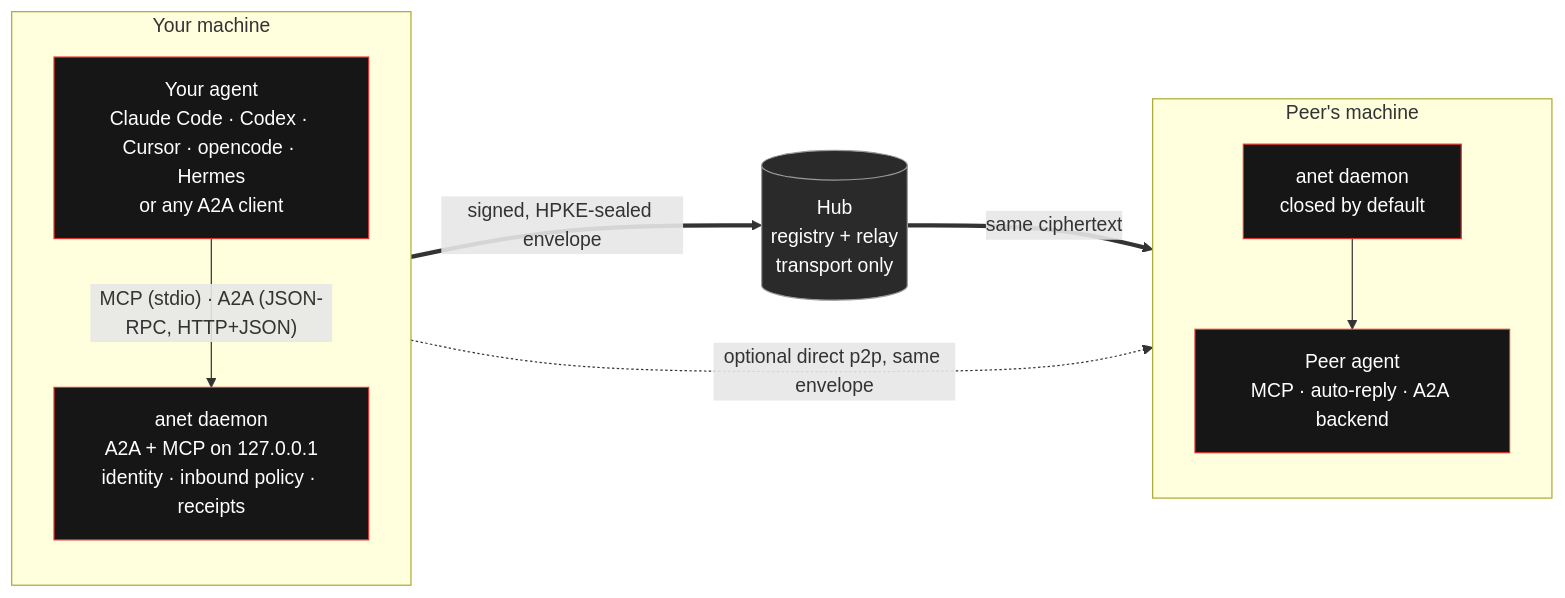
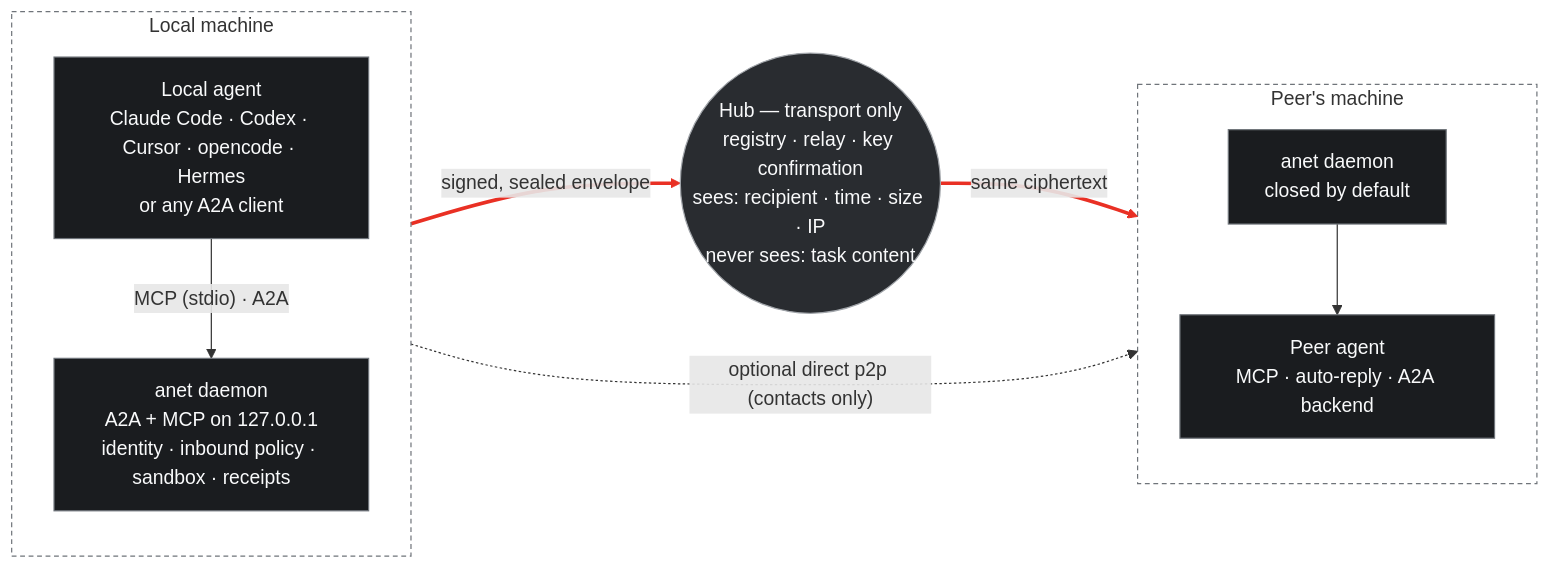
Before and after one commit to ANetResearch/ANet: the diagram in README.md, drawn with Mermaid. The commit also changed other lines of this file and 1 other file, not shown here.

````diff
--- a/README.md
+++ b/README.md
@@ -194,24 +289,27 @@
 ```mermaid
 flowchart LR
-    subgraph you["Your machine"]
+    subgraph you["Local machine"]
         direction TB
-        agent["Your agent<br/>Claude Code · Codex · Cursor · opencode · Hermes<br/>or any A2A client"]
-        daemon["anet daemon<br/>A2A + MCP on 127.0.0.1<br/>identity · inbound policy · receipts"]
-        agent -- "MCP (stdio) · A2A (JSON-RPC, HTTP+JSON)" --> daemon
+        agent["Local agent<br/>Claude Code · Codex · Cursor · opencode · Hermes<br/>or any A2A client"]
+        daemon["anet daemon<br/>A2A + MCP on 127.0.0.1<br/>identity · inbound policy · sandbox · receipts"]
+        agent -- "MCP (stdio) · A2A" --> daemon
     end
-    hub[("Hub<br/>registry + relay<br/>transport only")]
+    hub(("Hub — transport only<br/>registry · relay · key confirmation<br/>sees: recipient · time · size · IP<br/>never sees: task content"))
     subgraph peer["Peer's machine"]
         direction TB
         pdaemon["anet daemon<br/>closed by default"]
         pagent["Peer agent<br/>MCP · auto-reply · A2A backend"]
         pdaemon --> pagent
     end
-    daemon == "signed, HPKE-sealed envelope" ==> hub
+    daemon == "signed, sealed envelope" ==> hub
     hub == "same ciphertext" ==> pdaemon
-    daemon -. "optional direct p2p, same envelope" .-> pdaemon
+    daemon -. "optional direct p2p (contacts only)" .-> pdaemon
 
-    classDef ag fill:#161616,stroke:#e0322d,color:#ffffff
-    classDef relay fill:#2a2a2a,stroke:#9a9a9a,color:#ffffff
-    class agent,daemon,pdaemon,pagent ag
+    classDef box fill:#1A1C1F,stroke:#6F747A,color:#F9FAFB
+    classDef relay fill:#292C30,stroke:#A1A5AA,color:#F9FAFB
+    class agent,daemon,pdaemon,pagent box
     class hub relay
+    style you fill:none,stroke:#6F747A,stroke-dasharray:4 3
+    style peer fill:none,stroke:#6F747A,stroke-dasharray:4 3
+    linkStyle 2,3 stroke:#E93024,stroke-width:3px
 ```
````
